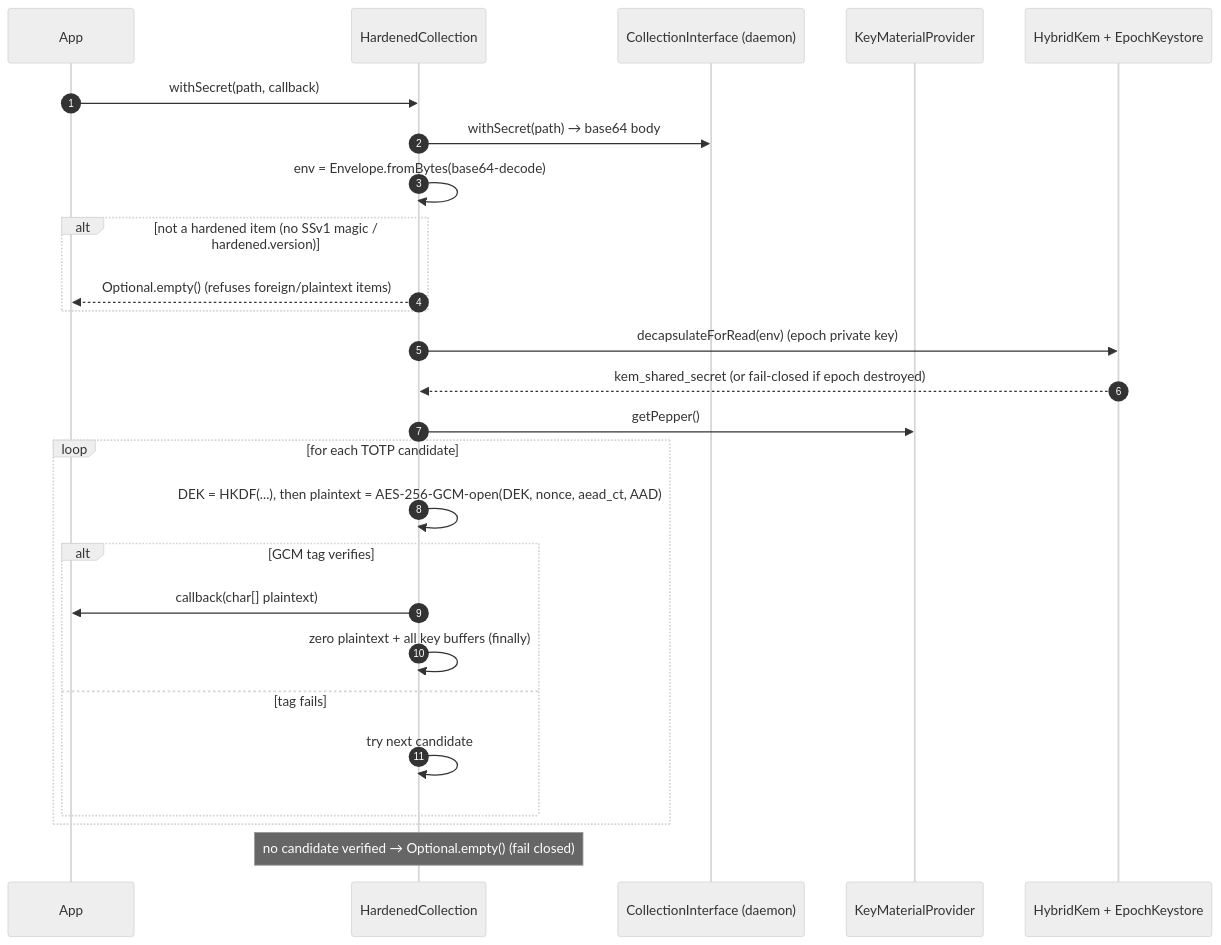
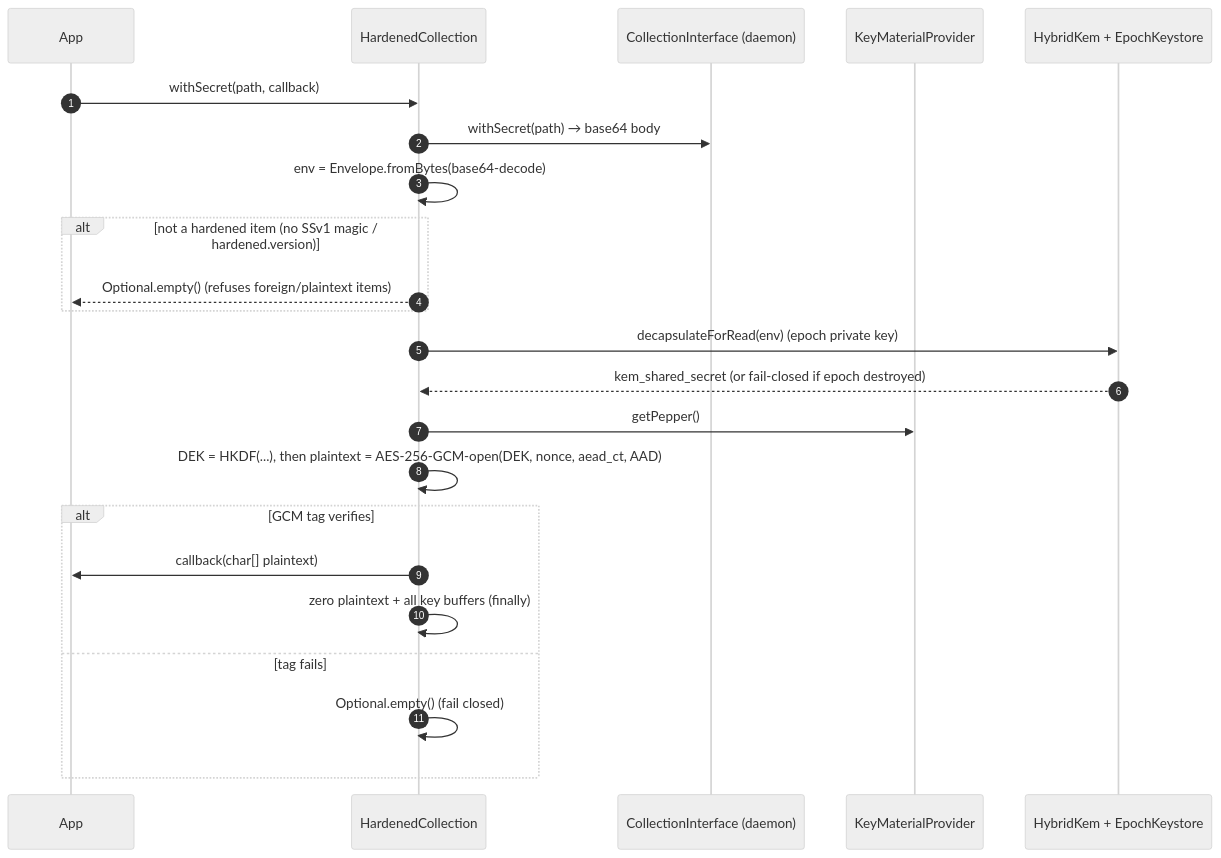
One commit to swiesend/secret-service changed the third of 3 diagrams in docs/architecture/envelope-encryption.md. Above: the diagram before and after it, drawn with Mermaid (neutral theme). The commit also changed other lines of this file and 28 other files, not shown here.

````diff
--- a/docs/architecture/envelope-encryption.md
+++ b/docs/architecture/envelope-encryption.md
@@ -48,29 +47,26 @@
 ```mermaid
 sequenceDiagram
     autonumber
     participant App
     participant HC as HardenedCollection
     participant Col as CollectionInterface (daemon)
     participant KMP as KeyMaterialProvider
     participant KEM as HybridKem + EpochKeystore
 
     App->>HC: withSecret(path, callback)
     HC->>Col: withSecret(path) → base64 body
     HC->>HC: env = Envelope.fromBytes(base64-decode)
     alt not a hardened item (no SSv1 magic / hardened.version)
         HC-->>App: Optional.empty()  (refuses foreign/plaintext items)
     end
     HC->>KEM: decapsulateForRead(env)  (epoch private key)
     KEM-->>HC: kem_shared_secret  (or fail-closed if epoch destroyed)
     HC->>KMP: getPepper()
-    loop for each TOTP candidate
-        HC->>HC: DEK = HKDF(...), then plaintext = AES-256-GCM-open(DEK, nonce, aead_ct, AAD)
-        alt GCM tag verifies
-            HC->>App: callback(char[] plaintext)
-            HC->>HC: zero plaintext + all key buffers (finally)
-        else tag fails
-            HC->>HC: try next candidate
-        end
+    HC->>HC: DEK = HKDF(...), then plaintext = AES-256-GCM-open(DEK, nonce, aead_ct, AAD)
+    alt GCM tag verifies
+        HC->>App: callback(char[] plaintext)
+        HC->>HC: zero plaintext + all key buffers (finally)
+    else tag fails
+        HC->>HC: Optional.empty() (fail closed)
     end
-    Note over HC: no candidate verified → Optional.empty() (fail closed)
 ```
````
